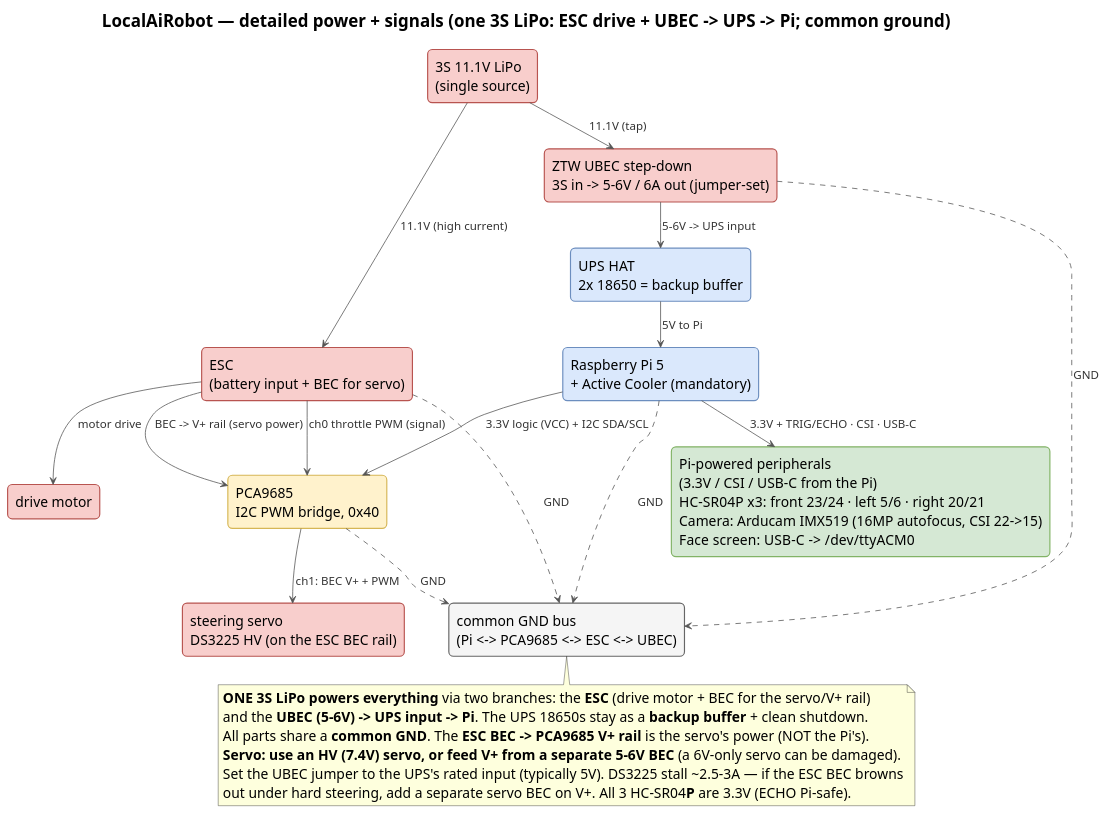
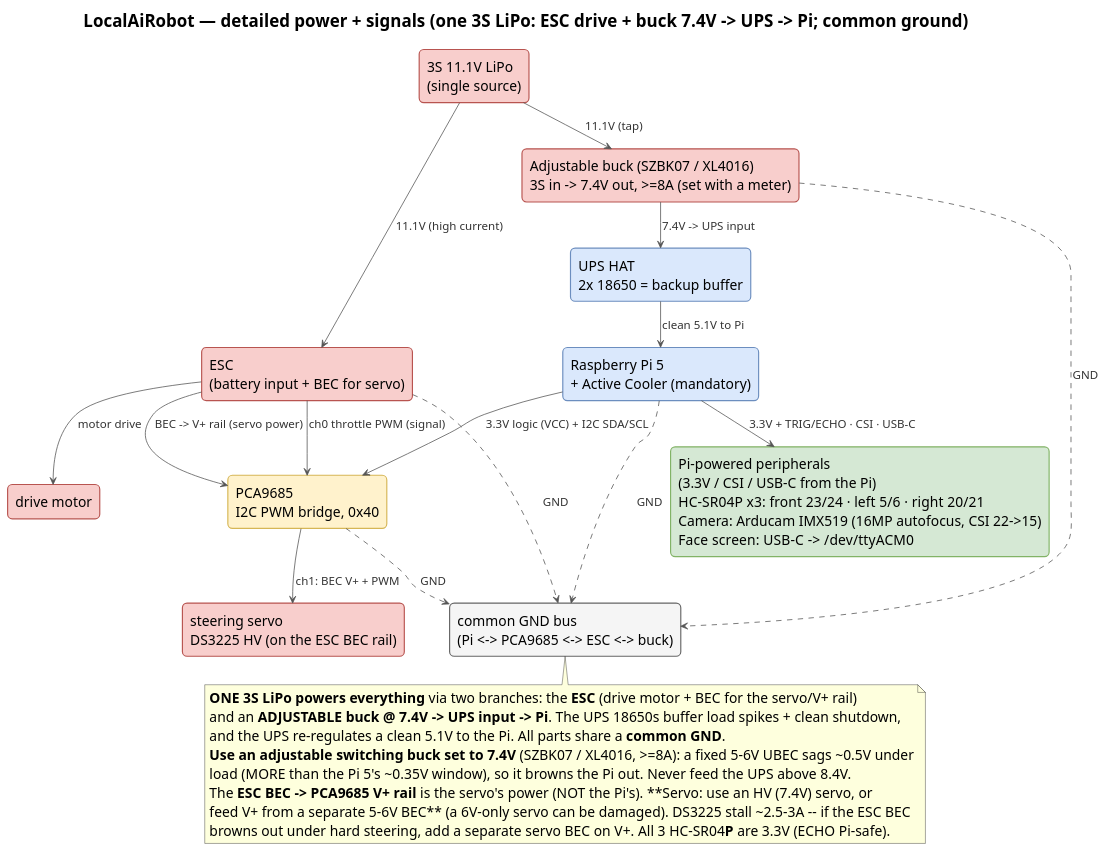
Before and after one commit to shen747/LocalAiRobot: the diagram in docs/images/power-domains.puml, drawn with PlantUML. The commit also changed 11 other files, not shown here.

Commit message:
Replace the sagging fixed UBEC with an adjustable 7.4V buck into the UPS across docs + regenerated diagrams

```diff
--- a/docs/images/power-domains.puml
+++ b/docs/images/power-domains.puml
@@ -1,71 +1,73 @@
 @startuml power-domains
-' LocalAiRobot — DETAILED power + signal wiring, TOP-TO-BOTTOM (one 3S LiPo -> ESC + UBEC/UPS to the Pi).
+' LocalAiRobot — DETAILED power + signal wiring, TOP-TO-BOTTOM (one 3S LiPo -> ESC + buck(7.4V)/UPS to the Pi).
 ' This source lives next to its render. Regenerate in place (writes power-domains.png here):
 '   plantuml -tpng docs/images/power-domains.puml
 ' No Graphviz needed: !pragma layout smetana. Vertical + larger fonts; Pi peripherals collapsed into one box.
 !pragma layout smetana
 top to bottom direction
 hide stereotype
-title LocalAiRobot — detailed power + signals (one 3S LiPo: ESC drive + UBEC -> UPS -> Pi; common ground)
+title LocalAiRobot — detailed power + signals (one 3S LiPo: ESC drive + buck 7.4V -> UPS -> Pi; common ground)
 
 skinparam backgroundColor white
 skinparam shadowing false
 skinparam defaultFontName Helvetica
 skinparam defaultFontSize 18
 skinparam TitleFontSize 22
 skinparam ArrowColor #555555
 skinparam ArrowFontColor #333333
 skinparam ArrowFontSize 15
 skinparam rectangle {
   RoundCorner 12
   FontSize 18
   BorderThickness 1.5
   BackgroundColor<<io>> #DAE8FC
   BorderColor<<io>> #6C8EBF
   BackgroundColor<<model>> #FFF2CC
   BorderColor<<model>> #D6B656
   BackgroundColor<<data>> #D5E8D4
   BorderColor<<data>> #82B366
   BackgroundColor<<motor>> #F8CECC
   BorderColor<<motor>> #B85450
   BackgroundColor<<store>> #F5F5F5
   BorderColor<<store>> #666666
 }
 
 rectangle "3S 11.1V LiPo\n(single source)" as lipo <<motor>>
 rectangle "ESC\n(battery input + BEC for servo)" as esc <<motor>>
 rectangle "drive motor" as dmotor <<motor>>
-rectangle "ZTW UBEC step-down\n3S in -> 5-6V / 6A out (jumper-set)" as ubec <<motor>>
+rectangle "Adjustable buck (SZBK07 / XL4016)\n3S in -> 7.4V out, >=8A (set with a meter)" as ubec <<motor>>
 rectangle "UPS HAT\n2x 18650 = backup buffer" as ups <<io>>
 rectangle "Raspberry Pi 5\n+ Active Cooler (mandatory)" as pi <<io>>
 rectangle "PCA9685\nI2C PWM bridge, 0x40" as pca <<model>>
 rectangle "steering servo\nDS3225 HV (on the ESC BEC rail)" as servo <<motor>>
 rectangle "Pi-powered peripherals\n(3.3V / CSI / USB-C from the Pi)\nHC-SR04P x3:  front 23/24 · left 5/6 · right 20/21\nCamera: Arducam IMX519 (16MP autofocus, CSI 22->15)\nFace screen:  USB-C -> /dev/ttyACM0" as periph <<data>>
-rectangle "common GND bus\n(Pi <-> PCA9685 <-> ESC <-> UBEC)" as gnd <<store>>
+rectangle "common GND bus\n(Pi <-> PCA9685 <-> ESC <-> buck)" as gnd <<store>>
 
 ' ---- power + signals, top -> bottom ----
 lipo --> esc  : 11.1V (high current)
 lipo --> ubec : 11.1V (tap)
 esc  --> dmotor : motor drive
-ubec --> ups  : 5-6V -> UPS input
-ups  --> pi   : 5V to Pi
+ubec --> ups  : 7.4V -> UPS input
+ups  --> pi   : clean 5.1V to Pi
 pi   --> pca  : 3.3V logic (VCC) + I2C SDA/SCL
 esc  --> pca  : ch0 throttle PWM (signal)
 esc  --> pca  : BEC -> V+ rail (servo power)
 pca  --> servo : ch1: BEC V+ + PWM
 pi   --> periph : 3.3V + TRIG/ECHO · CSI · USB-C
 
 esc  ..> gnd : GND
 pi   ..> gnd : GND
 pca  ..> gnd : GND
 ubec ..> gnd : GND
 
 note bottom of gnd
   **ONE 3S LiPo powers everything** via two branches: the **ESC** (drive motor + BEC for the servo/V+ rail)
-  and the **UBEC (5-6V) -> UPS input -> Pi**. The UPS 18650s stay as a **backup buffer** + clean shutdown.
-  All parts share a **common GND**. The **ESC BEC -> PCA9685 V+ rail** is the servo's power (NOT the Pi's).
-  **Servo: use an HV (7.4V) servo, or feed V+ from a separate 5-6V BEC** (a 6V-only servo can be damaged).
-  Set the UBEC jumper to the UPS's rated input (typically 5V). DS3225 stall ~2.5-3A — if the ESC BEC browns
-  out under hard steering, add a separate servo BEC on V+. All 3 HC-SR04**P** are 3.3V (ECHO Pi-safe).
+  and an **ADJUSTABLE buck @ 7.4V -> UPS input -> Pi**. The UPS 18650s buffer load spikes + clean shutdown,
+  and the UPS re-regulates a clean 5.1V to the Pi. All parts share a **common GND**.
+  **Use an adjustable switching buck set to 7.4V** (SZBK07 / XL4016, >=8A): a fixed 5-6V UBEC sags ~0.5V under
+  load (MORE than the Pi 5's ~0.35V window), so it browns the Pi out. Never feed the UPS above 8.4V.
+  The **ESC BEC -> PCA9685 V+ rail** is the servo's power (NOT the Pi's). **Servo: use an HV (7.4V) servo, or
+  feed V+ from a separate 5-6V BEC** (a 6V-only servo can be damaged). DS3225 stall ~2.5-3A -- if the ESC BEC
+  browns out under hard steering, add a separate servo BEC on V+. All 3 HC-SR04**P** are 3.3V (ECHO Pi-safe).
 end note
 @enduml
```
